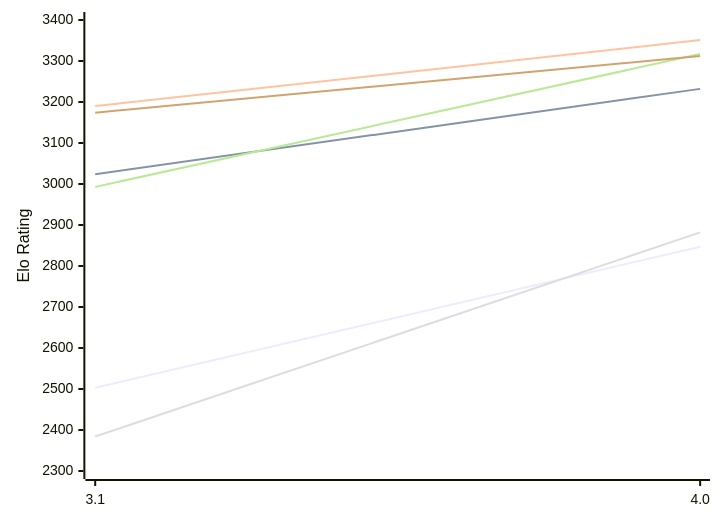
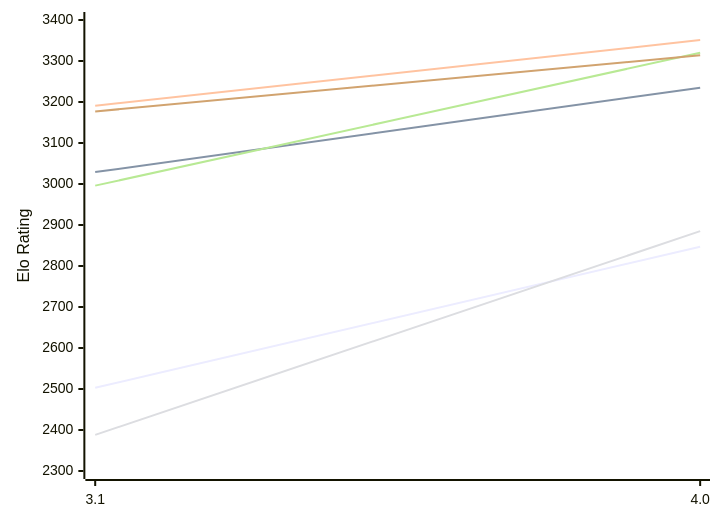
One commit to computer-chess-index/cci changed the first of 2 diagrams in engines/Sykora.md. Above: the diagram before and after it, drawn with Mermaid. The commit also changed other lines of this file, not shown here.

Commit message:
Update CCI Ratings (ELO VLTC) - 2026-11-24

````diff
--- a/engines/Sykora.md
+++ b/engines/Sykora.md
@@ -53,12 +53,12 @@
 ```mermaid
 %%{init: {"theme":"base","themeVariables":{"seriesColors:['#a3a3a3','#222221','#faa371']}}}%%
 xychart-beta
   x-axis ["3.1", "4.0"]
   y-axis "Elo Rating" 2300 --> 3400
   line "E1: STC (8.0+0.08s)" [2503, 2847]
-  line "E1: LTC (60.0+0.60s)" [3024, 3232]
-  line "E1: VLTC (2m24s+1.12s)" [3190, 3351]
-  line "P1: STC (8.0+0.08s)" [2384, 2882]
-  line "P1: LTC (60.0+0.60s)" [2993, 3317]
-  line "P1: VLTC (2m24s+1.12s)" [3174, 3312]
+  line "E1: LTC (60.0+0.60s)" [3029, 3235]
+  line "E1: VLTC (2m24s+1.12s)" [3191, 3351]
+  line "P1: STC (8.0+0.08s)" [2388, 2885]
+  line "P1: LTC (60.0+0.60s)" [2996, 3320]
+  line "P1: VLTC (2m24s+1.12s)" [3177, 3314]
 ```
````
